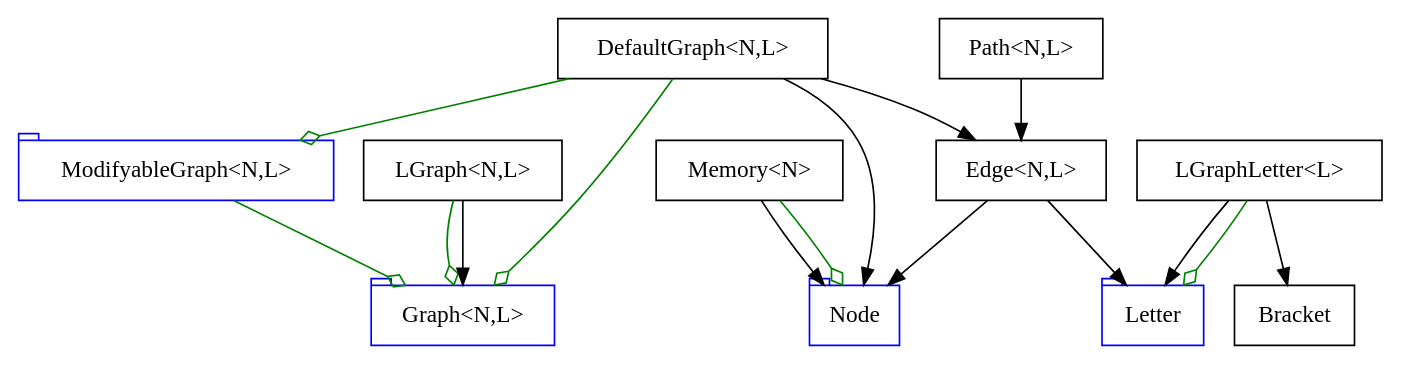
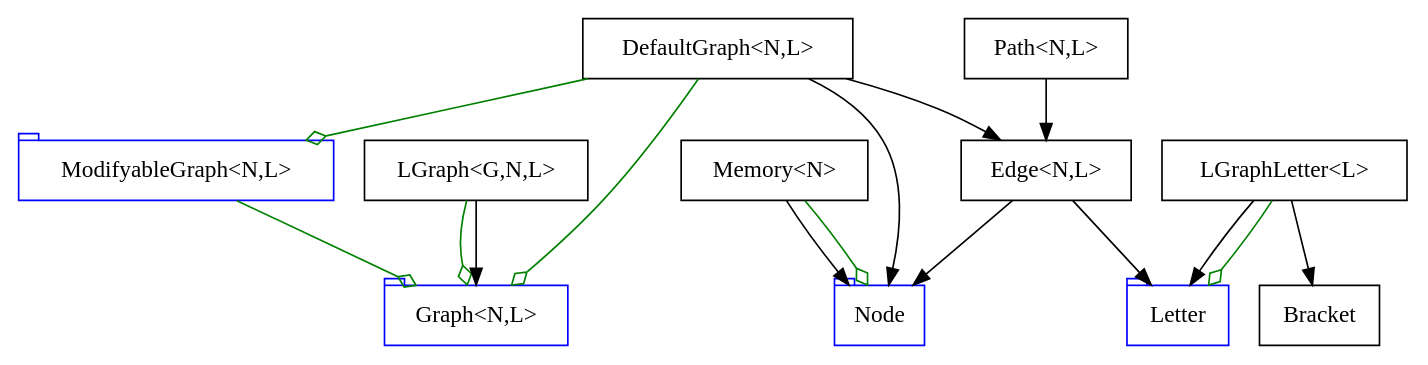
The diagram in text/graphs/arch.dot (0Marble/lgraphs), drawn with Graphviz before and after one commit. The commit also changed 8 other files, not shown here.

```diff
--- a/text/graphs/arch.dot
+++ b/text/graphs/arch.dot
@@ -1,82 +1,82 @@
 digraph UML {
     GraphTrait [
         color=blue,
         label="Graph<N,L>",
         shape=tab,
     ];
     ModifyableGraphTrait [
         color=blue,
         label="ModifyableGraph<N,L>",
         shape=tab,
     ];
     NodeTrait [
         color=blue,
         label="Node",
         shape=tab,
     ];
     LetterTrait [
         color=blue,
         label="Letter",
         shape=tab,
     ];
 
     ModifyableGraphTrait -> GraphTrait [arrowhead=odiamond, color=green];
 
     Bracket [
         color=black,
         label="Bracket",
         shape=box,
     ];
     LGraphLetter [
         color=black,
         label="LGraphLetter<L>",
         shape=box
     ];
     Memory [
         color=black,
         label="Memory<N>",
         shape=box,
     ];
 
     EdgeStruct [
         color=black,
         label="Edge<N,L>",
         shape=box,
     ]
 
     LGraphLetter -> Bracket [arrowhead=normal];
     LGraphLetter -> LetterTrait [arrowhead=normal];
     LGraphLetter -> LetterTrait [arrowhead=odiamond, color=green];
     Memory -> NodeTrait [arrowhead=normal];
     Memory -> NodeTrait [arrowhead=odiamond, color=green];
     EdgeStruct -> NodeTrait [arrowhead=normal];
     EdgeStruct -> LetterTrait [arrowhead=normal];
 
     Path [
         shape=box,
         color=black,
         label="Path<N,L>",
     ];
 
     Path -> EdgeStruct [arrowhead=normal];
 
     LGraph [
         shape=box,
         color=black,
-        label="LGraph<N,L>"
+        label="LGraph<G,N,L>"
     ];
 
     LGraph -> GraphTrait [arrowhead=odiamond, color=green, label=" "];
     LGraph -> GraphTrait [arrowhead=normal, label=" "];
 
     DefaultGraph [
         shape=box,
         color=black,
         label="DefaultGraph<N,L>"
     ];
 
     DefaultGraph -> GraphTrait [arrowhead=odiamond, color=green];
     DefaultGraph -> ModifyableGraphTrait [arrowhead=odiamond, color=green];
     DefaultGraph -> NodeTrait [arrowhead=normal];
     DefaultGraph -> EdgeStruct [arrowhead=normal];
 }
```
